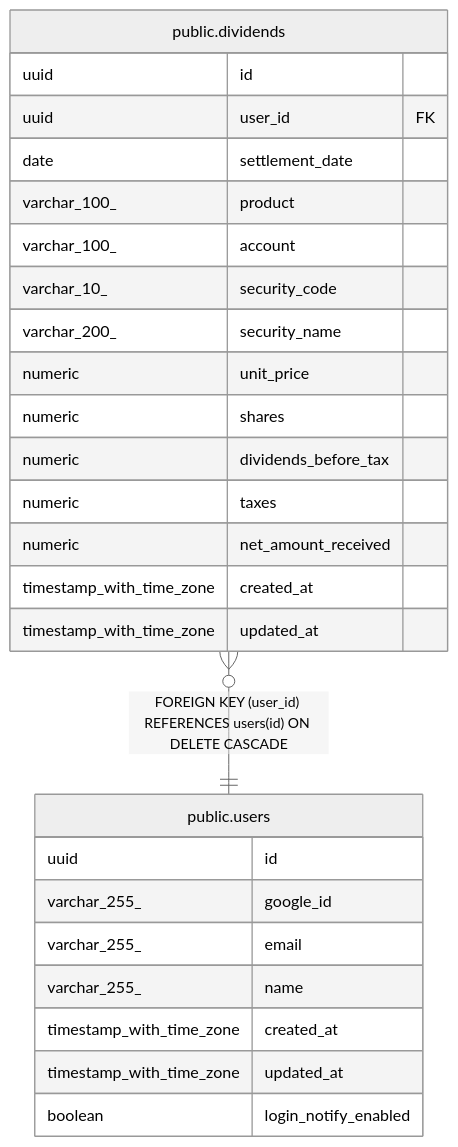
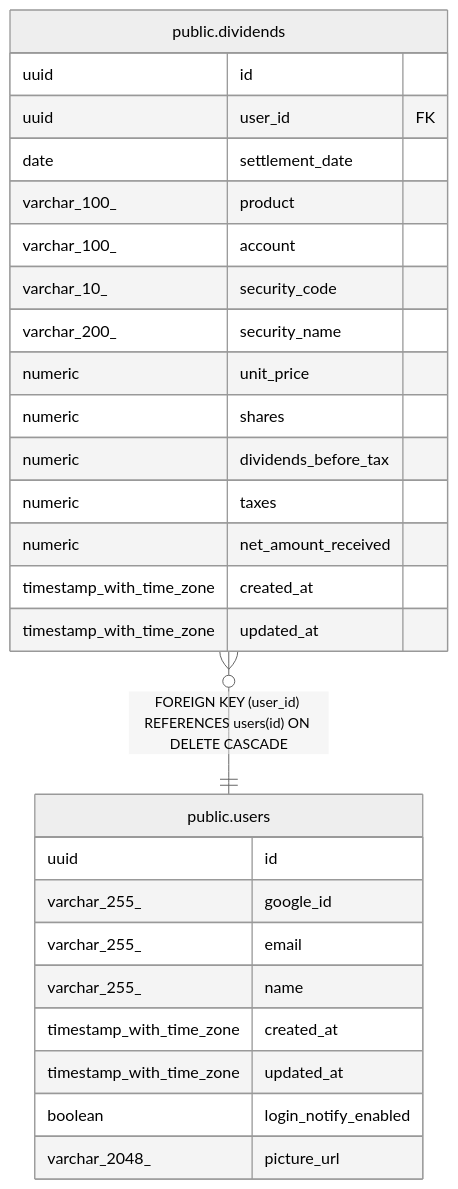
One commit to zaichu/shoken-webapp changed the diagram in docs/db/public.dividends.md. Above: the diagram before and after it, drawn with Mermaid (neutral theme). The commit also changed 36 other files, not shown here.

````diff
--- a/docs/db/public.dividends.md
+++ b/docs/db/public.dividends.md
@@ -48,31 +48,32 @@
 ```mermaid
 erDiagram
 
 "public.dividends" }o--|| "public.users" : "FOREIGN KEY (user_id) REFERENCES users(id) ON DELETE CASCADE"
 
 "public.dividends" {
   uuid id
   uuid user_id FK
   date settlement_date
   varchar_100_ product
   varchar_100_ account
   varchar_10_ security_code
   varchar_200_ security_name
   numeric unit_price
   numeric shares
   numeric dividends_before_tax
   numeric taxes
   numeric net_amount_received
   timestamp_with_time_zone created_at
   timestamp_with_time_zone updated_at
 }
 "public.users" {
   uuid id
   varchar_255_ google_id
   varchar_255_ email
   varchar_255_ name
   timestamp_with_time_zone created_at
   timestamp_with_time_zone updated_at
   boolean login_notify_enabled
+  varchar_2048_ picture_url
 }
 ```
````
